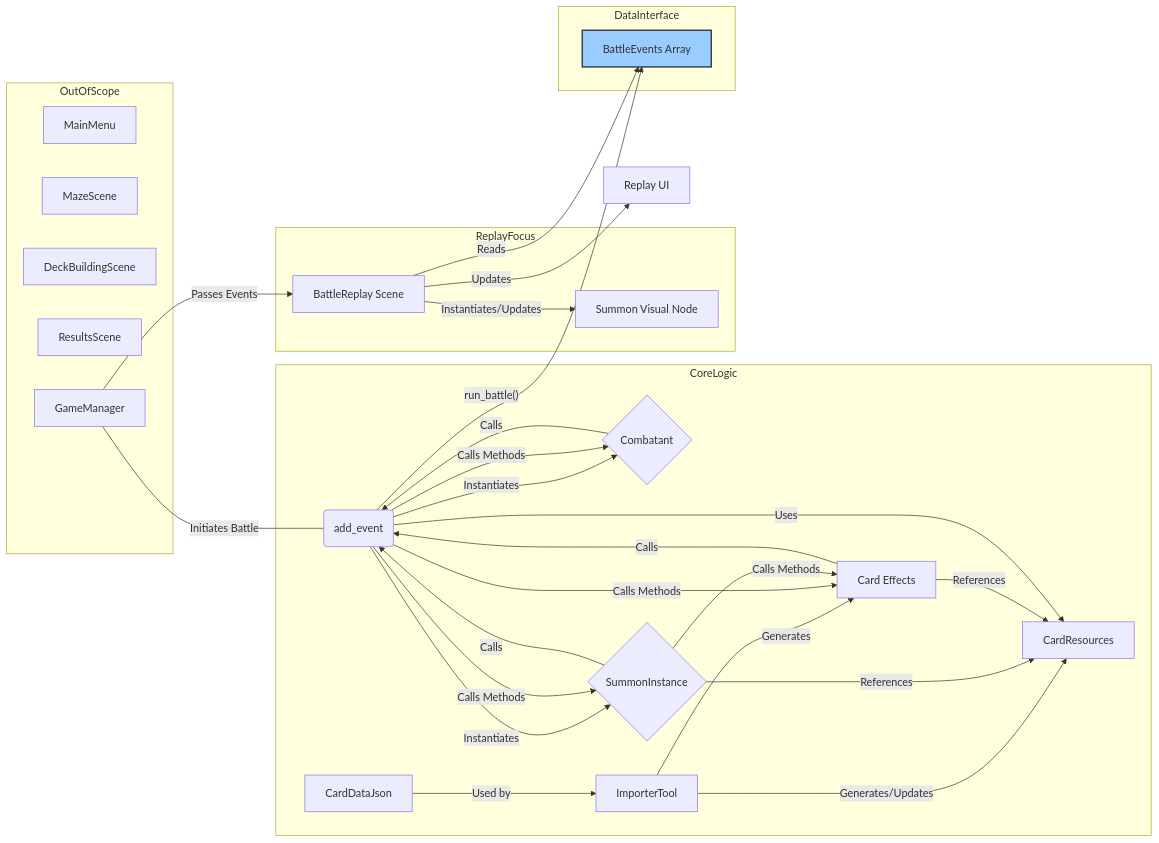
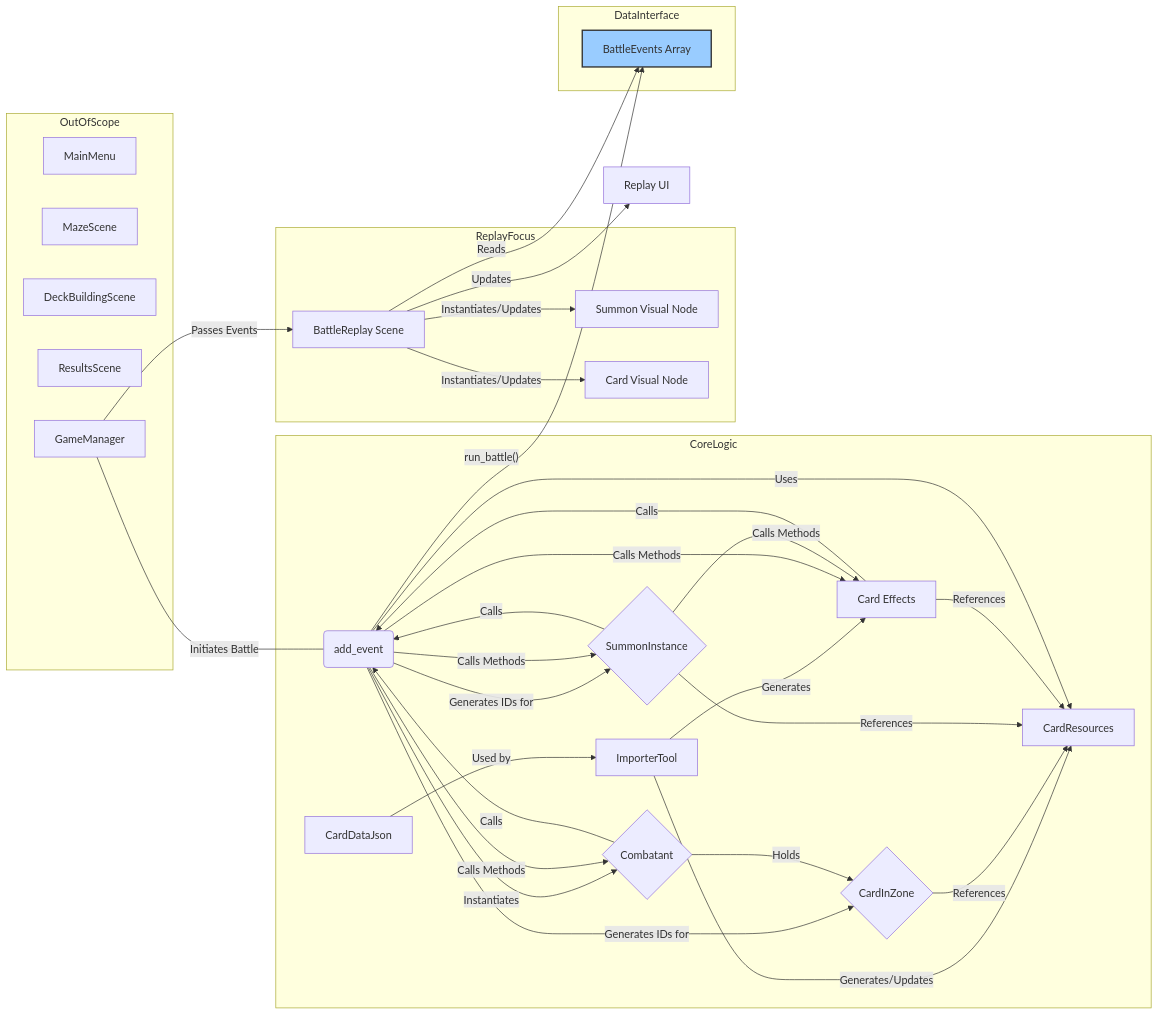
The diagram in SPECIFICATION_V2.md (niallc/ConcentricGodot_Apr25), drawn with Mermaid before and after one commit. The commit also changed other lines of this file and 6 other files, not shown here.

````diff
--- a/SPECIFICATION_V2.md
+++ b/SPECIFICATION_V2.md
@@ -57,58 +47,62 @@
     ```mermaid
     graph LR
         subgraph OutOfScope
             MM[MainMenu]
             MS[MazeScene]
             DB[DeckBuildingScene]
             RS[ResultsScene]
             GM[GameManager]
         end
 
         subgraph CoreLogic
             B(Battle)
             C{Combatant}
+            CIZ{CardInZone} 
             SI{SummonInstance}
             CE[Card Effects]
-            %% Simplified ID for Card Resources
             CR[CardResources]
-            %% Simplified ID
             JSON[CardDataJson] -- Used by --> TOOL[ImporterTool]
             TOOL -- Generates/Updates --> CR
             TOOL -- Generates --> CE
         end
 
         subgraph ReplayFocus
             BRE[BattleReplay Scene]
-            SV[Summon Visual Node]
+            SV[Summon Visual Node] 
+            CV[Card Visual Node] 
         end
 
         subgraph DataInterface
             BE[BattleEvents Array]
         end
 
         %% Connections
         GM ---|Initiates Battle| B;
         B -- run_battle() --> BE;
         GM -- Passes Events --> BRE;
         BRE -- Reads --> BE;
         BRE -- Instantiates/Updates --> SV;
-        %% Simplified ID
+        BRE -- Instantiates/Updates --> CV; 
         BRE -- Updates --> UI[Replay UI];
 
         B -- Instantiates --> C;
-        B -- Instantiates --> SI;
+        B -- Generates IDs for --> CIZ; 
+        B -- Generates IDs for --> SI;
         B -- Calls Methods --> C;
         B -- Calls Methods --> SI;
-        B -- Calls Methods --> CE;
-        SI -- Calls Methods --> CE;
+        B -- Calls Methods --> CE; 
+
+        C -- Holds --> CIZ; 
+        SI -- Calls Methods --> CE; 
 
         C -- Calls --> B(add_event);
         SI -- Calls --> B(add_event);
-        CE -- Calls --> B(add_event);
+        CE -- Calls --> B(add_event); 
 
-        SI -- References --> CR;
-        CE -- References --> CR;
-        B -- Uses --> CR;
+        CIZ -- References --> CR;
+        SI -- References --> CR; 
+        CE -- References --> CR; 
+        B -- Uses --> CR; 
 
         style BE fill:#9cf,stroke:#333,stroke-width:2px
     ```
````
